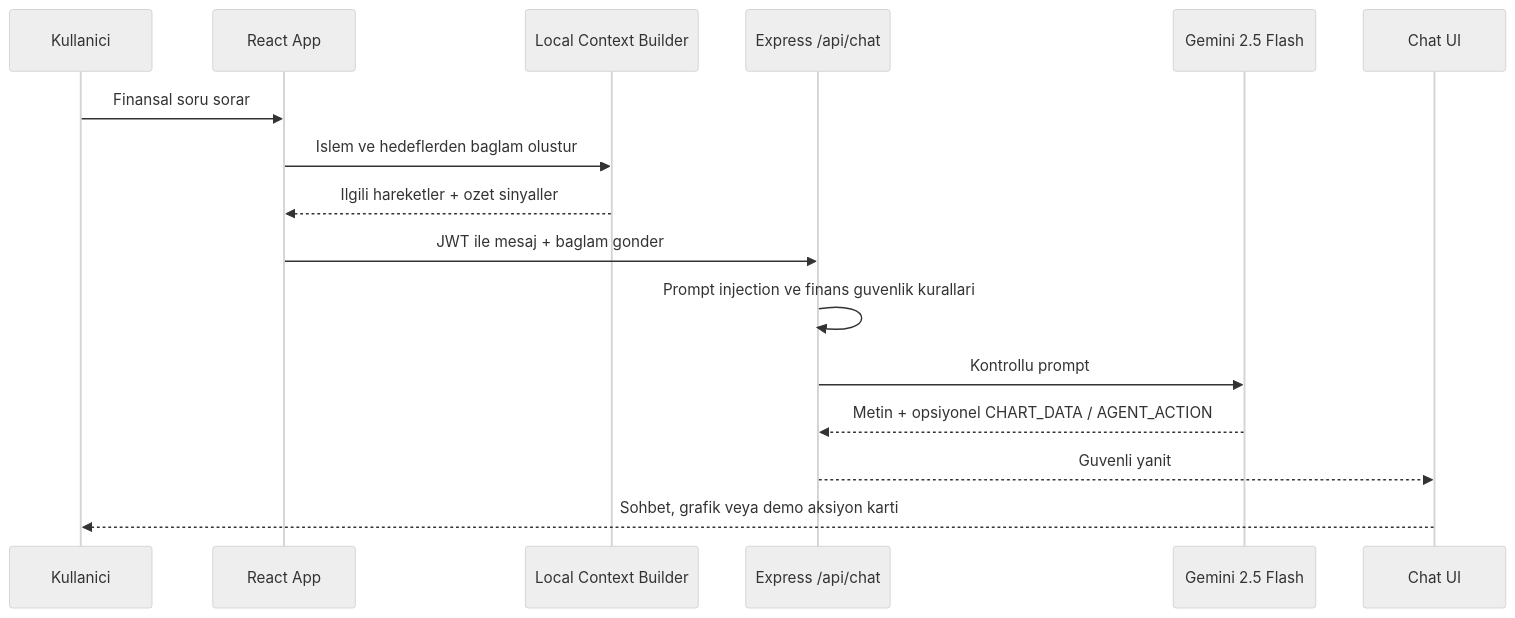
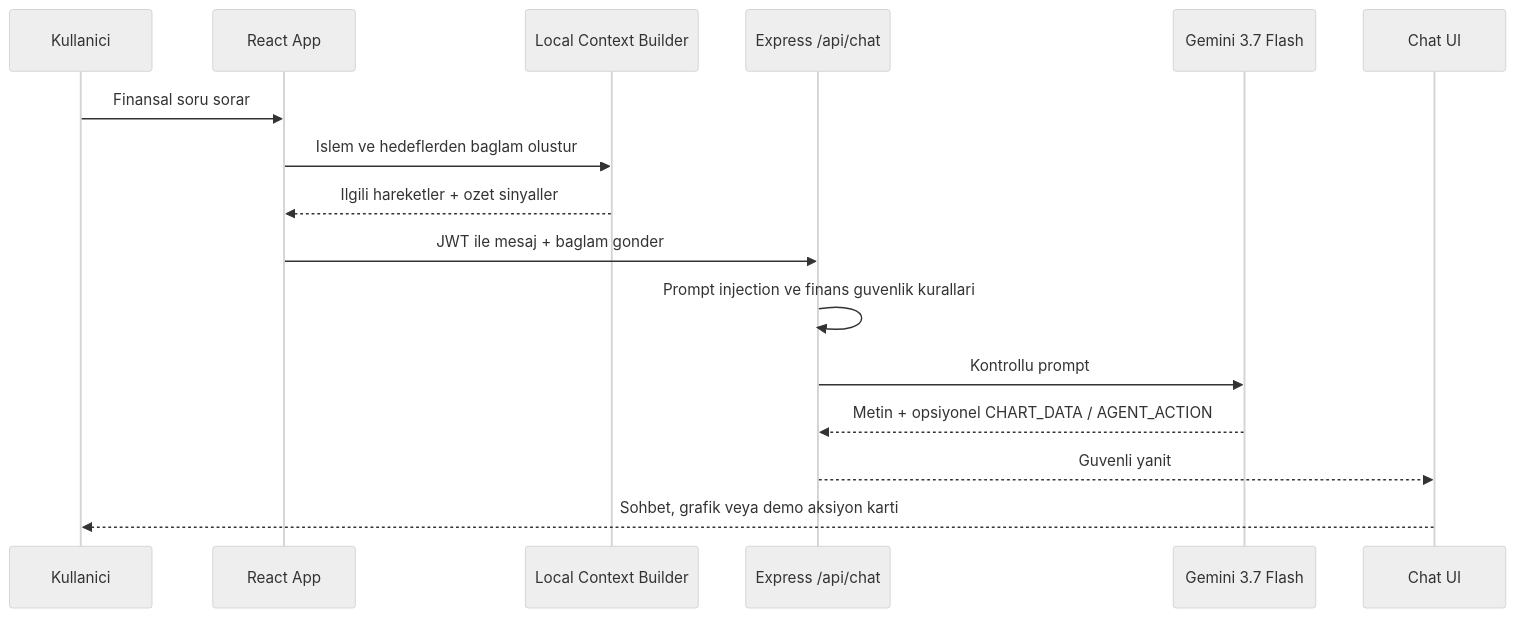
The third of 5 diagrams in README.md (ardamoustafa1/FinCoach-AI), drawn with Mermaid (neutral theme) before and after one commit. The commit also changed other lines of this file and 13 other files, not shown here.

````diff
--- a/README.md
+++ b/README.md
@@ -265,19 +265,19 @@
 ```mermaid
 sequenceDiagram
   participant User as Kullanici
   participant App as React App
   participant RAG as Local Context Builder
   participant API as Express /api/chat
-  participant Gemini as Gemini 2.5 Flash
+  participant Gemini as Gemini 3.7 Flash
   participant UI as Chat UI
 
   User->>App: Finansal soru sorar
   App->>RAG: Islem ve hedeflerden baglam olustur
   RAG-->>App: Ilgili hareketler + ozet sinyaller
   App->>API: JWT ile mesaj + baglam gonder
   API->>API: Prompt injection ve finans guvenlik kurallari
   API->>Gemini: Kontrollu prompt
   Gemini-->>API: Metin + opsiyonel CHART_DATA / AGENT_ACTION
   API-->>UI: Guvenli yanit
   UI-->>User: Sohbet, grafik veya demo aksiyon karti
 ```
````
